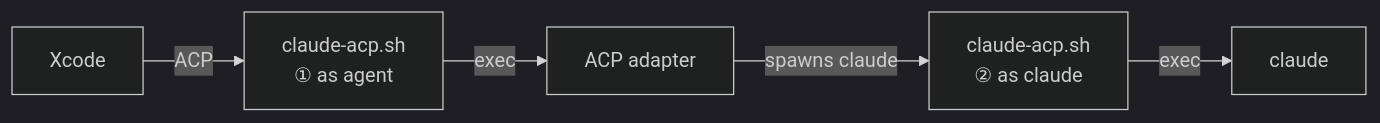
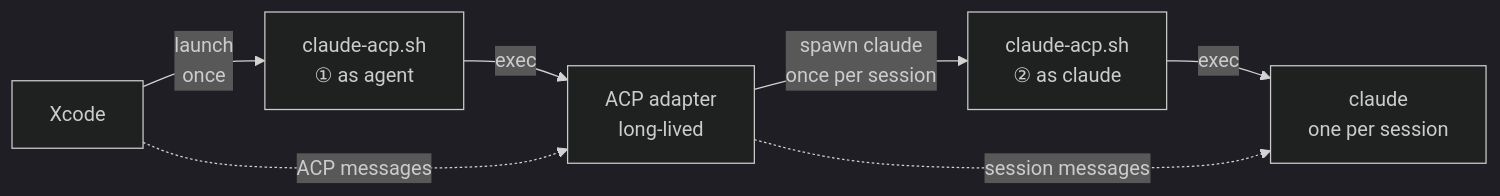
Before and after one commit to yusuke-114/claude-xcode-agent: the diagram in README.md, drawn with Mermaid (dark theme).

Commit message:
Show launch frequency and message path in diagram

````diff
--- a/README.md
+++ b/README.md
@@ -14,7 +14,9 @@
 ```mermaid
 flowchart LR
-    X[Xcode] -- ACP --> S1["claude-acp.sh<br/>① as agent"]
-    S1 -- exec --> A[ACP adapter]
-    A -- "spawns claude" --> S2["claude-acp.sh<br/>② as claude"]
-    S2 -- exec --> C[claude]
+    X[Xcode] -- "launch<br/>once" --> S1["claude-acp.sh<br/>① as agent"]
+    S1 -- exec --> A["ACP adapter<br/>long-lived"]
+    A -- "spawn claude<br/>once per session" --> S2["claude-acp.sh<br/>② as claude"]
+    S2 -- exec --> C["claude<br/>one per session"]
+    X -. "ACP messages" .-> A
+    A -. "session messages" .-> C
 ```
````
